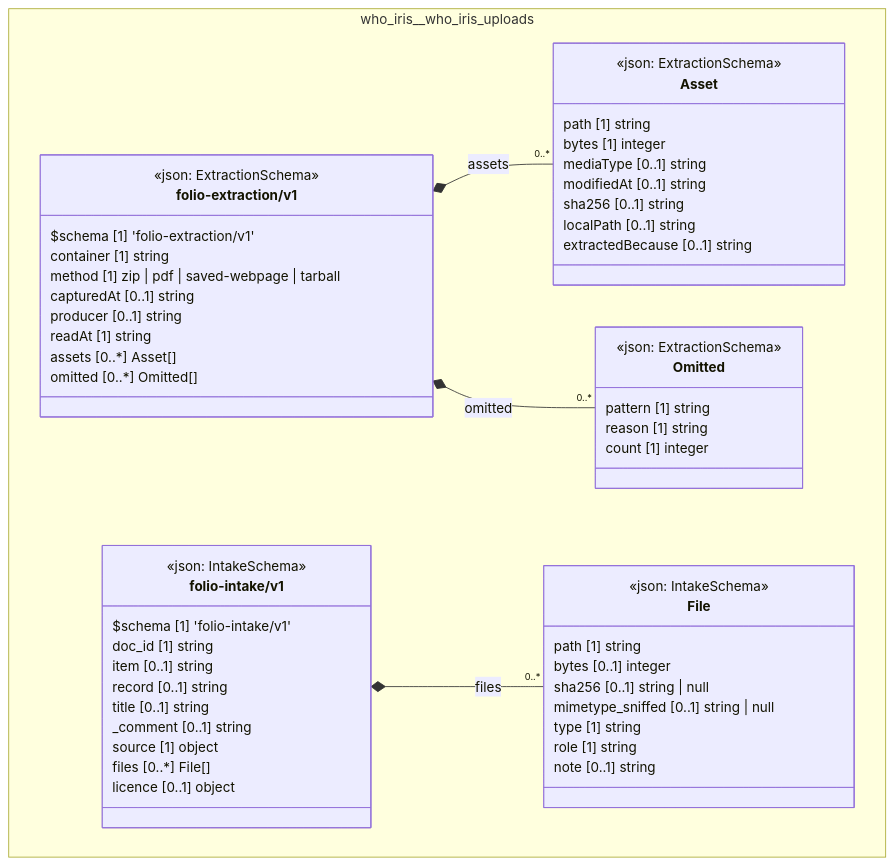
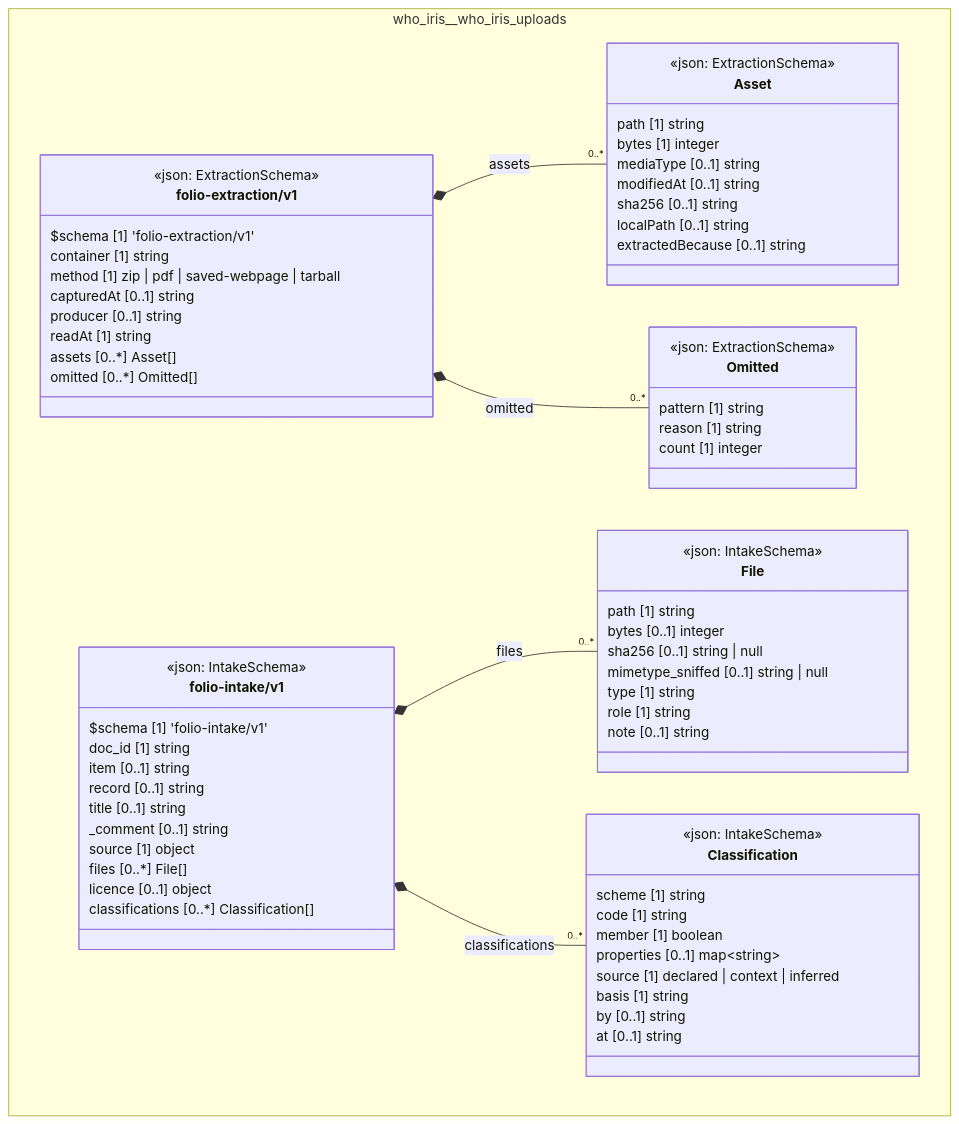
Before and after one commit to litlfred/folio-assistant: the diagram in cat-harness/uml/overview/who-iris/who-iris-uploads.mmd, drawn with Mermaid. The commit also changed 62 other files, not shown here.

First line of the commit message:
Regenerate derived artefacts for the intake classifications and skill edits (skill:register)

```diff
--- a/cat-harness/uml/overview/who-iris/who-iris-uploads.mmd
+++ b/cat-harness/uml/overview/who-iris/who-iris-uploads.mmd
@@ -1,61 +1,75 @@
 classDiagram
   direction TB
   namespace who_iris__who_iris_uploads {
     class who_iris_who_iris_uploads_folio_extraction_v1_Asset["Asset"] {
       <<json: ExtractionSchema>>
       path [1] string
       bytes [1] integer
       mediaType [0..1] string
       modifiedAt [0..1] string
       sha256 [0..1] string
       localPath [0..1] string
       extractedBecause [0..1] string
     }
     class who_iris_who_iris_uploads_folio_extraction_v1_Omitted["Omitted"] {
       <<json: ExtractionSchema>>
       pattern [1] string
       reason [1] string
       count [1] integer
     }
     class who_iris_who_iris_uploads_folio_extraction_v1_folio_extraction_v1["folio-extraction/v1"] {
       <<json: ExtractionSchema>>
       $schema [1] 'folio-extraction/v1'
       container [1] string
       method [1] zip | pdf | saved-webpage | tarball
       capturedAt [0..1] string
       producer [0..1] string
       readAt [1] string
       assets [0..*] Asset[]
       omitted [0..*] Omitted[]
     }
     class who_iris_who_iris_uploads_folio_intake_v1_File["File"] {
       <<json: IntakeSchema>>
       path [1] string
       bytes [0..1] integer
       sha256 [0..1] string | null
       mimetype_sniffed [0..1] string | null
       type [1] string
       role [1] string
       note [0..1] string
     }
+    class who_iris_who_iris_uploads_folio_intake_v1_Classification["Classification"] {
+      <<json: IntakeSchema>>
+      scheme [1] string
+      code [1] string
+      member [1] boolean
+      properties [0..1] map~string~
+      source [1] declared | context | inferred
+      basis [1] string
+      by [0..1] string
+      at [0..1] string
+    }
     class who_iris_who_iris_uploads_folio_intake_v1_folio_intake_v1["folio-intake/v1"] {
       <<json: IntakeSchema>>
       $schema [1] 'folio-intake/v1'
       doc_id [1] string
       item [0..1] string
       record [0..1] string
       title [0..1] string
       _comment [0..1] string
       source [1] object
       files [0..*] File[]
       licence [0..1] object
+      classifications [0..*] Classification[]
     }
   }
   who_iris_who_iris_uploads_folio_extraction_v1_folio_extraction_v1 *-- "0..*" who_iris_who_iris_uploads_folio_extraction_v1_Asset : assets
   who_iris_who_iris_uploads_folio_extraction_v1_folio_extraction_v1 *-- "0..*" who_iris_who_iris_uploads_folio_extraction_v1_Omitted : omitted
   who_iris_who_iris_uploads_folio_intake_v1_folio_intake_v1 *-- "0..*" who_iris_who_iris_uploads_folio_intake_v1_File : files
+  who_iris_who_iris_uploads_folio_intake_v1_folio_intake_v1 *-- "0..*" who_iris_who_iris_uploads_folio_intake_v1_Classification : classifications
   cssClass "who_iris_who_iris_uploads_folio_extraction_v1_Asset" fa_uml_kind_uploads
   cssClass "who_iris_who_iris_uploads_folio_extraction_v1_Omitted" fa_uml_kind_uploads
   cssClass "who_iris_who_iris_uploads_folio_extraction_v1_folio_extraction_v1" fa_uml_kind_uploads
   cssClass "who_iris_who_iris_uploads_folio_intake_v1_File" fa_uml_kind_uploads
+  cssClass "who_iris_who_iris_uploads_folio_intake_v1_Classification" fa_uml_kind_uploads
   cssClass "who_iris_who_iris_uploads_folio_intake_v1_folio_intake_v1" fa_uml_kind_uploads
```
